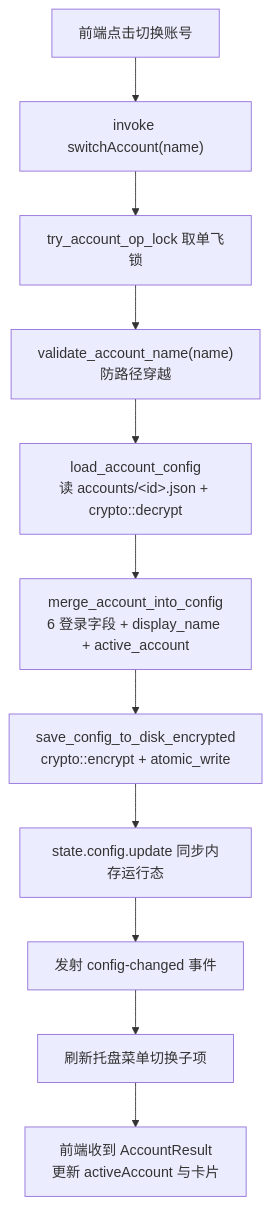
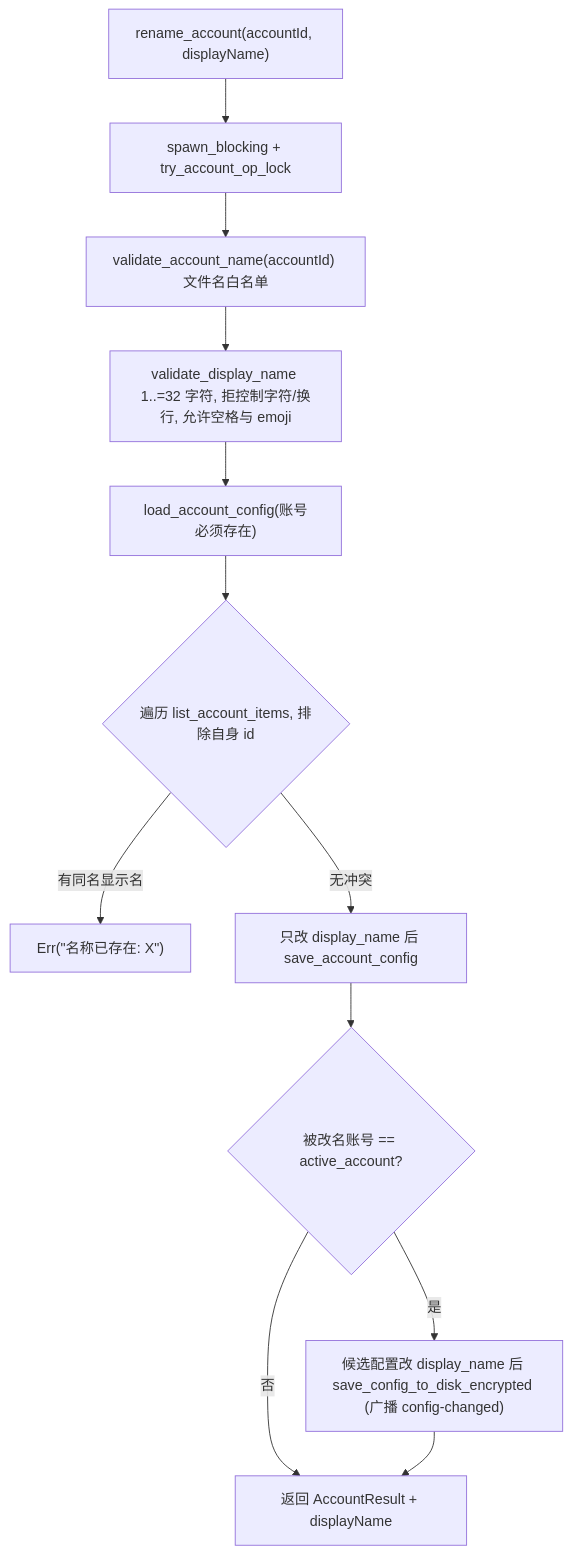
Before and after one commit to ikliml666/Wxxy-CampusLogin: the fourth of 6 diagrams in .codewiki/modules/desktop-backend-account-management.md, drawn with Mermaid. The commit also changed other lines of this file and 15 other files, not shown here.

````diff
--- a/.codewiki/modules/desktop-backend-account-management.md
+++ b/.codewiki/modules/desktop-backend-account-management.md
@@ -233,13 +386,14 @@
 ```mermaid
-flowchart TB
-    A["前端点击切换账号"] --> B["invoke switchAccount(name)"]
-    B --> C["try_account_op_lock 取单飞锁"]
-    C --> D["validate_account_name(name)<br/>防路径穿越"]
-    D --> E["load_account_config<br/>读 accounts/&lt;id&gt;.json + crypto::decrypt"]
-    E --> F["merge_account_into_config<br/>6 登录字段 + display_name + active_account"]
-    F --> G["save_config_to_disk_encrypted<br/>crypto::encrypt + atomic_write"]
-    G --> H["state.config.update 同步内存运行态"]
-    H --> I["发射 config-changed 事件"]
-    I --> J["刷新托盘菜单切换子项"]
-    J --> K["前端收到 AccountResult<br/>更新 activeAccount 与卡片"]
+flowchart TD
+  A["rename_account(accountId, displayName)"] --> B["spawn_blocking + try_account_op_lock"]
+  B --> C["validate_account_name(accountId) 文件名白名单"]
+  C --> D["validate_display_name 1..=32 字符, 拒控制字符/换行, 允许空格与 emoji"]
+  D --> E["load_account_config(账号必须存在)"]
+  E --> F{"遍历 list_account_items, 排除自身 id"}
+  F -- "有同名显示名" --> G["Err(&quot;名称已存在: X&quot;)"]
+  F -- "无冲突" --> H["只改 display_name 后 save_account_config"]
+  H --> I{"被改名账号 == active_account?"}
+  I -- "否" --> K["返回 AccountResult + displayName"]
+  I -- "是" --> J["候选配置改 display_name 后 save_config_to_disk_encrypted (广播 config-changed)"]
+  J --> K
 ```
````
